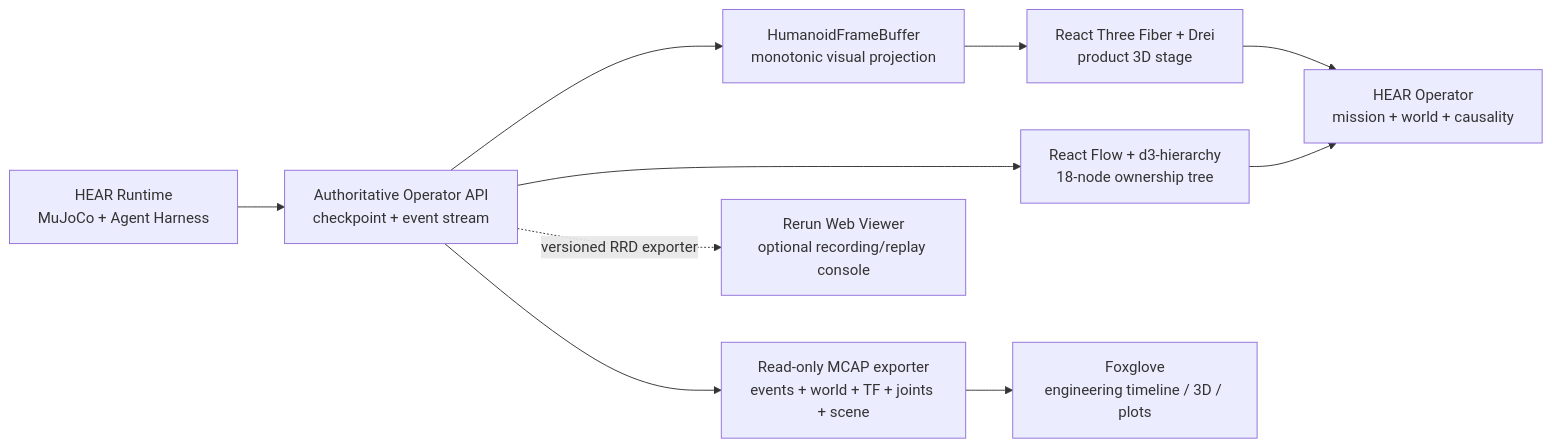
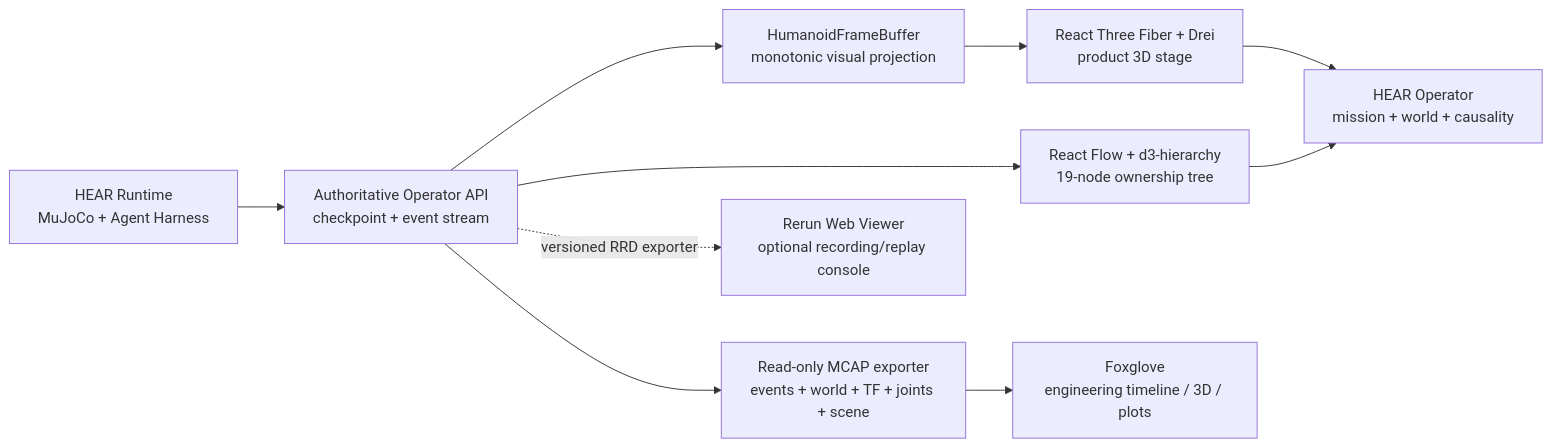
One commit to multi-zhangyang/hear-3d-robot changed the diagram in docs/architecture/visualization-stack.md. Above: the diagram before and after it, drawn with Mermaid. The commit also changed other lines of this file and 19 other files, not shown here.

````diff
--- a/docs/architecture/visualization-stack.md
+++ b/docs/architecture/visualization-stack.md
@@ -9,18 +9,18 @@
 ```mermaid
 flowchart LR
     RT["HEAR Runtime\nMuJoCo + Agent Harness"]
     API["Authoritative Operator API\ncheckpoint + event stream"]
     FB["HumanoidFrameBuffer\nmonotonic visual projection"]
     R3F["React Three Fiber + Drei\nproduct 3D stage"]
-    TREE["React Flow + d3-hierarchy\n18-node ownership tree"]
+    TREE["React Flow + d3-hierarchy\n19-node ownership tree"]
     UI["HEAR Operator\nmission + world + causality"]
     MCAP["Read-only MCAP exporter\nevents + world + TF + joints + scene"]
     FOX["Foxglove\nengineering timeline / 3D / plots"]
     RERUN["Rerun Web Viewer\noptional recording/replay console"]
 
     RT --> API
     API --> FB --> R3F --> UI
     API --> TREE --> UI
     API --> MCAP --> FOX
     API -. "versioned RRD exporter" .-> RERUN
 ```
````
